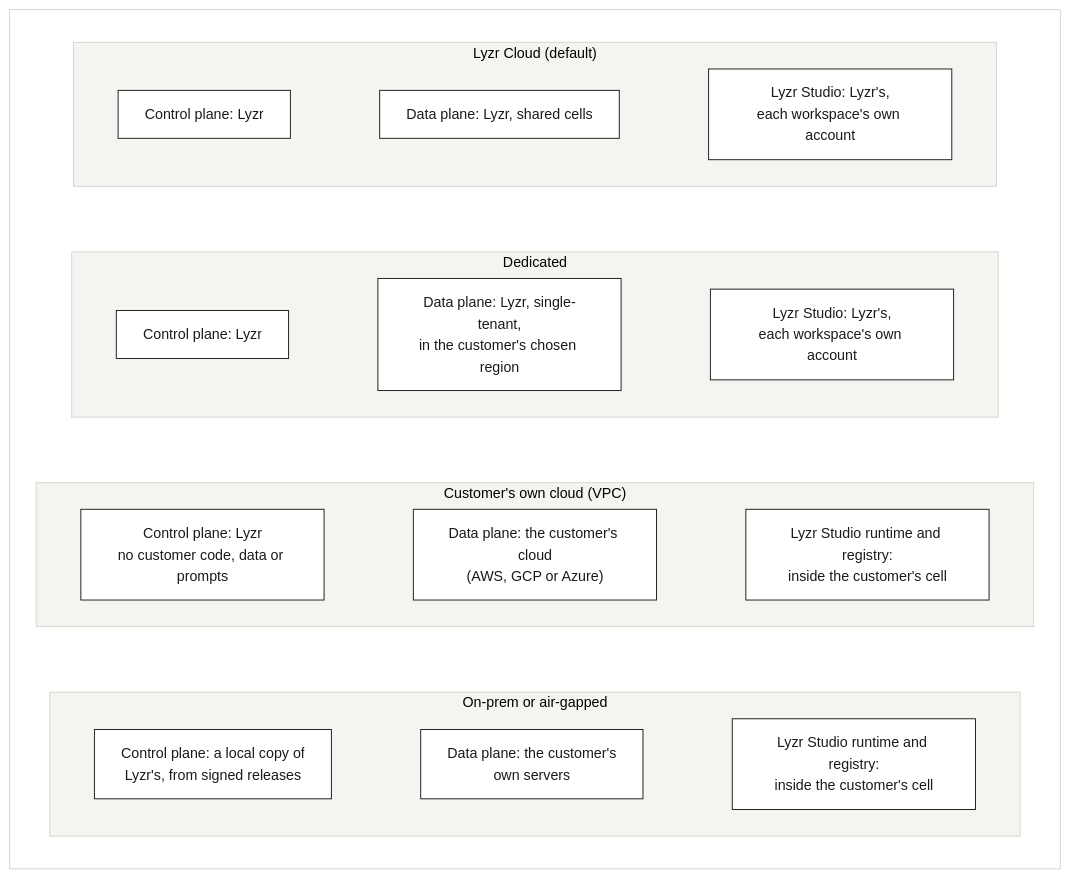
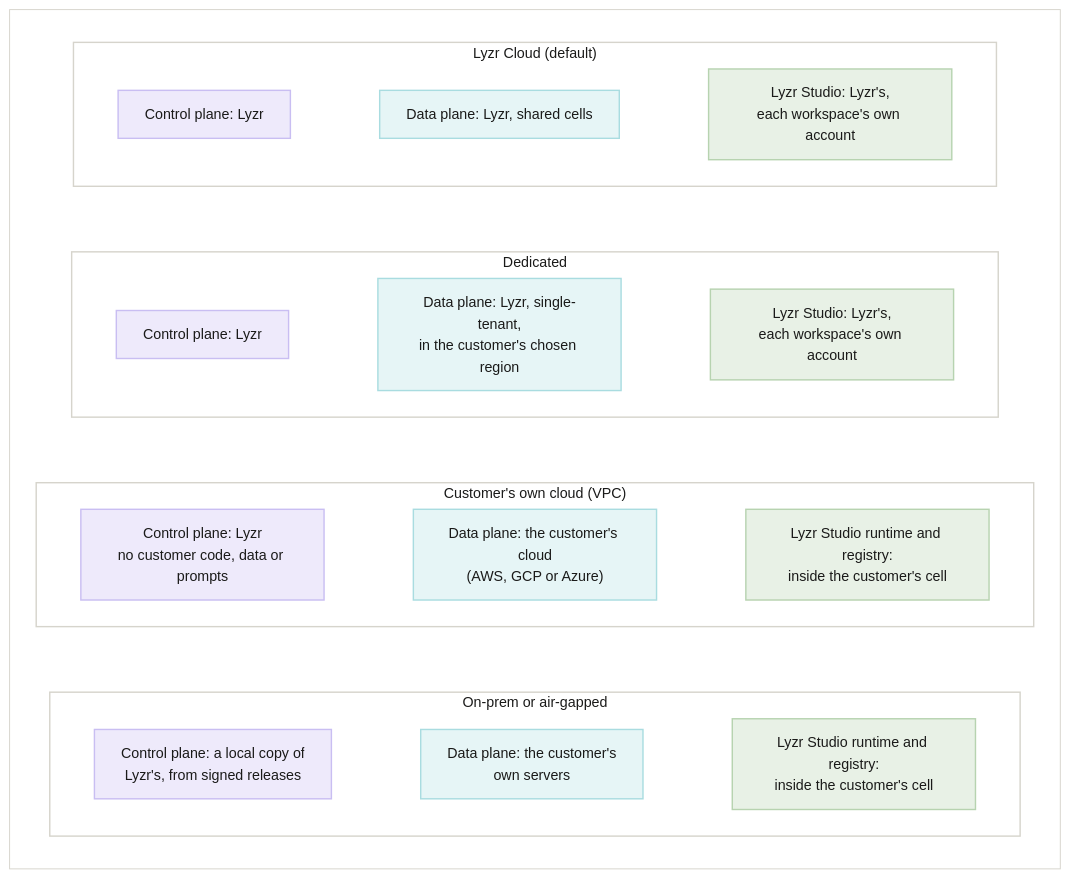
The diagram in docs/product/diagrams/src/A5-deployment-modes.mmd (netanyaj/architect-2), drawn with Mermaid before and after one commit. The commit also changed 32 other files, not shown here.

```diff
--- a/docs/product/diagrams/src/A5-deployment-modes.mmd
+++ b/docs/product/diagrams/src/A5-deployment-modes.mmd
@@ -1,36 +1,49 @@
-%%{init: {"theme":"base","themeVariables":{"fontFamily":"Arial","fontSize":"15px","primaryColor":"#FFFFFF","primaryBorderColor":"#1A1A19","primaryTextColor":"#1A1A19","lineColor":"#1A1A19","secondaryColor":"#FFFFFF","tertiaryColor":"#FFFFFF","clusterBkg":"#F5F4F0","clusterBorder":"#D6D4CC","edgeLabelBackground":"#FFFFFF","actorBkg":"#FFFFFF","actorBorder":"#1A1A19","actorTextColor":"#1A1A19","actorLineColor":"#A8A69F","signalColor":"#1A1A19","signalTextColor":"#1A1A19","noteBkgColor":"#F5F4F0","noteBorderColor":"#D6D4CC","noteTextColor":"#42413D","labelBoxBkgColor":"#FFFFFF","labelBoxBorderColor":"#1A1A19","labelTextColor":"#1A1A19","loopTextColor":"#1A1A19","activationBkgColor":"#F5F4F0","activationBorderColor":"#1A1A19","sequenceNumberColor":"#FFFFFF"},"flowchart":{"curve":"basis","padding":14,"nodeSpacing":36,"rankSpacing":44}}}%%
+%%{init: {"theme":"base","themeVariables":{"fontFamily":"Arial","fontSize":"15px","primaryColor":"#FFFFFF","primaryBorderColor":"#1A1A19","primaryTextColor":"#1A1A19","lineColor":"#1A1A19","secondaryColor":"#FFFFFF","tertiaryColor":"#FFFFFF","clusterBkg":"#FFFFFF","clusterBorder":"#D6D4CC","edgeLabelBackground":"#FFFFFF","actorBkg":"#FFFFFF","actorBorder":"#1A1A19","actorTextColor":"#1A1A19","actorLineColor":"#A8A69F","signalColor":"#1A1A19","signalTextColor":"#1A1A19","noteBkgColor":"#FFFFFF","noteBorderColor":"#D6D4CC","noteTextColor":"#1A1A19","labelBoxBkgColor":"#FFFFFF","labelBoxBorderColor":"#1A1A19","labelTextColor":"#1A1A19","loopTextColor":"#1A1A19","activationBkgColor":"#F5F4F0","activationBorderColor":"#1A1A19","sequenceNumberColor":"#FFFFFF","textColor":"#1A1A19","titleColor":"#1A1A19","nodeTextColor":"#1A1A19"},"flowchart":{"curve":"basis","padding":14,"nodeSpacing":36,"rankSpacing":44}}}%%
 flowchart TB
   %% A white card, so ink lines read on GitHub's dark theme too
   subgraph CARD[" "]
     direction TB
     subgraph M1["Lyzr Cloud (default)"]
       direction LR
       c1["Control plane: Lyzr"]
       d1["Data plane: Lyzr, shared cells"]
       s1["Lyzr Studio: Lyzr's,<br/>each workspace's own account"]
     end
     subgraph M2["Dedicated"]
       direction LR
       c2["Control plane: Lyzr"]
       d2["Data plane: Lyzr, single-tenant,<br/>in the customer's chosen region"]
       s2["Lyzr Studio: Lyzr's,<br/>each workspace's own account"]
     end
     subgraph M3["Customer's own cloud (VPC)"]
       direction LR
       c3["Control plane: Lyzr<br/>no customer code, data or prompts"]
       d3["Data plane: the customer's cloud<br/>(AWS, GCP or Azure)"]
       s3["Lyzr Studio runtime and registry:<br/>inside the customer's cell"]
     end
     subgraph M4["On-prem or air-gapped"]
       direction LR
       c4["Control plane: a local copy of<br/>Lyzr's, from signed releases"]
       d4["Data plane: the customer's<br/>own servers"]
       s4["Lyzr Studio runtime and registry:<br/>inside the customer's cell"]
     end
     c1 ~~~ d1 ~~~ s1
     c2 ~~~ d2 ~~~ s2
     c3 ~~~ d3 ~~~ s3
     c4 ~~~ d4 ~~~ s4
     M1 ~~~ M2 ~~~ M3 ~~~ M4
   end
-  style CARD fill:#FFFFFF,stroke:#D6D4CC
+  classDef people fill:#FFFFFF,stroke:#D6D4CC,stroke-width:1.5px,color:#1A1A19
+  classDef control fill:#EEEAFB,stroke:#C9BEF2,stroke-width:1.5px,color:#1A1A19
+  classDef cell fill:#E6F5F6,stroke:#A9DCE0,stroke-width:1.5px,color:#1A1A19
+  classDef studio fill:#E8F1E6,stroke:#B7D3B0,stroke-width:1.5px,color:#1A1A19
+  classDef outside fill:#F1F0EC,stroke:#D6D4CC,stroke-width:1.5px,color:#1A1A19
+  classDef approval fill:#F0EAFA,stroke:#6236AD,stroke-width:1.5px,color:#1A1A19
+  class c1,c2,c3,c4 control
+  class d1,d2,d3,d4 cell
+  class s1,s2,s3,s4 studio
+  style M1 fill:#FFFFFF,stroke:#D6D4CC,stroke-width:1.5px,color:#1A1A19
+  style M2 fill:#FFFFFF,stroke:#D6D4CC,stroke-width:1.5px,color:#1A1A19
+  style M3 fill:#FFFFFF,stroke:#D6D4CC,stroke-width:1.5px,color:#1A1A19
+  style M4 fill:#FFFFFF,stroke:#D6D4CC,stroke-width:1.5px,color:#1A1A19
+  style CARD fill:#FFFFFF,stroke:#D6D4CC,color:#1A1A19
```
